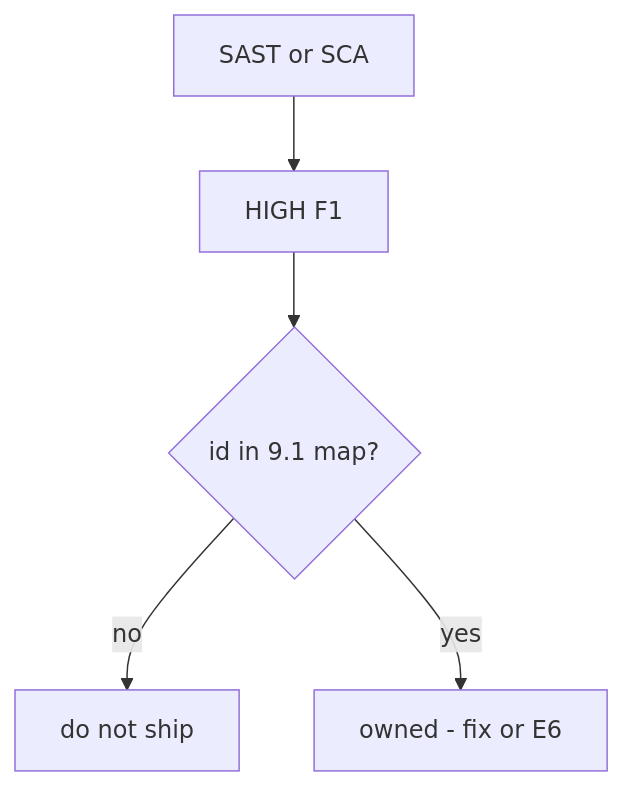
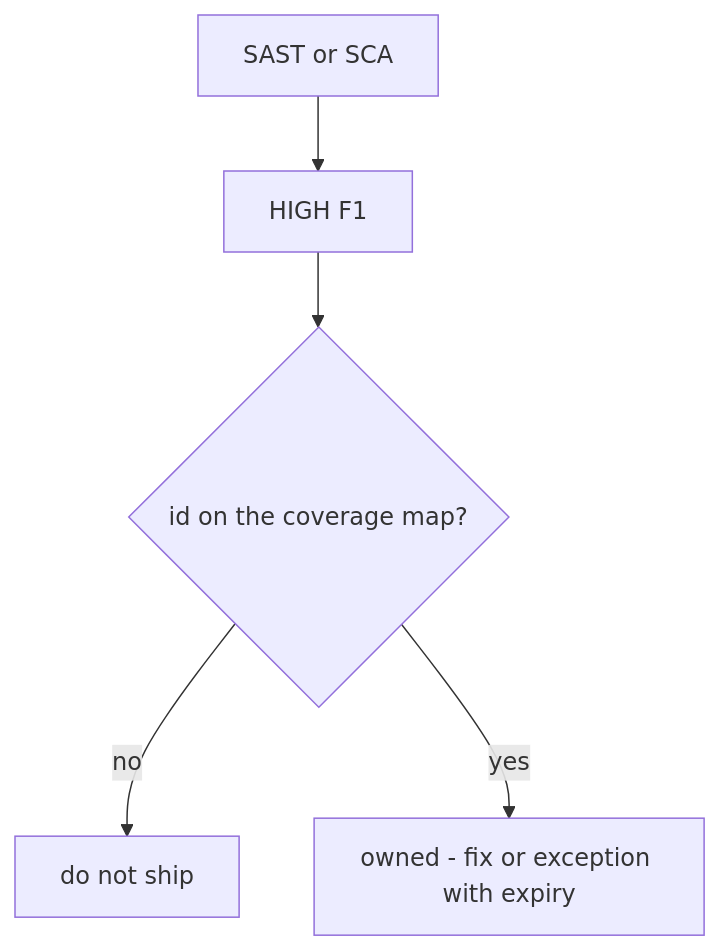
One commit to ishitvagoel/LearnSecurity changed the first of 2 diagrams in content/modules/9/9.4/lessons/01-property.md. Above: the diagram before and after it, drawn with Mermaid. The commit also changed other lines of this file and 39 other files, not shown here.

````diff
--- a/content/modules/9/9.4/lessons/01-property.md
+++ b/content/modules/9/9.4/lessons/01-property.md
@@ -19,7 +20,7 @@
 ```mermaid
 flowchart TD
   Tool[SAST or SCA] --> Finding[HIGH F1]
-  Finding --> Map{"id in 9.1 map?"}
+  Finding --> Map{"id on the coverage map?"}
   Map -->|no| Block[do not ship]
-  Map -->|yes| Own[owned - fix or E6]
+  Map -->|yes| Own[owned - fix or exception with expiry]
 ```
````
